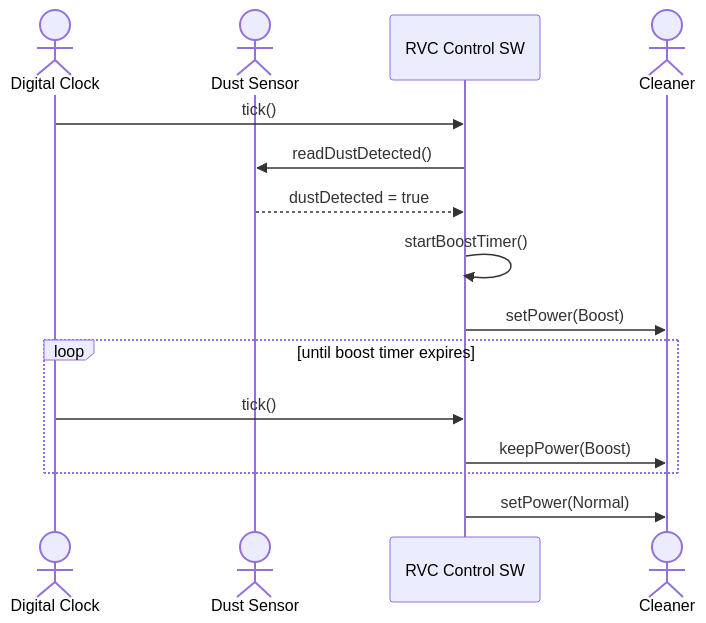
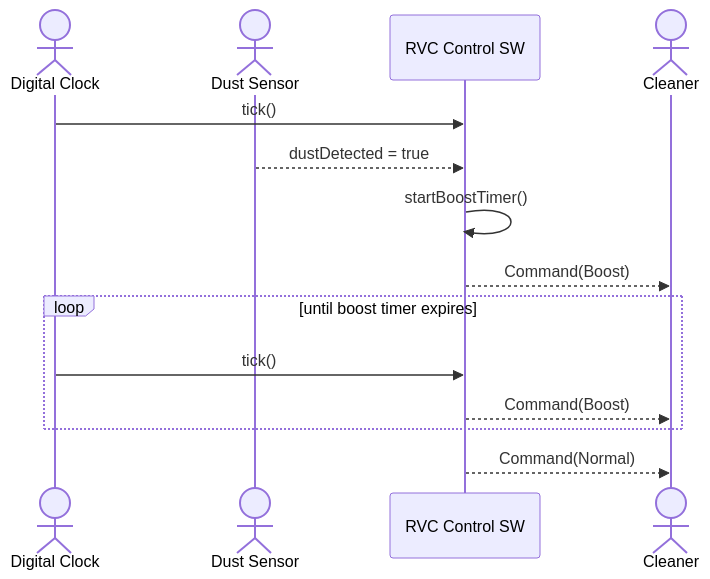
One commit to reload02/ooad-vibe changed the fifth of 6 diagrams in docs/ooa_ssd.md. Above: the diagram before and after it, drawn with Mermaid. The commit also changed other lines of this file and 8 other files, not shown here.

````diff
--- a/docs/ooa_ssd.md
+++ b/docs/ooa_ssd.md
@@ -67,18 +85,17 @@
 ```mermaid
 sequenceDiagram
     actor Clock as Digital Clock
     actor DustSensor as Dust Sensor
     participant System as RVC Control SW
     actor Cleaner
 
     Clock->>System: tick()
-    System->>DustSensor: readDustDetected()
     DustSensor-->>System: dustDetected = true
     System->>System: startBoostTimer()
-    System->>Cleaner: setPower(Boost)
+    System-->>Cleaner: Command(Boost)
     loop until boost timer expires
         Clock->>System: tick()
-        System->>Cleaner: keepPower(Boost)
+        System-->>Cleaner: Command(Boost)
     end
-    System->>Cleaner: setPower(Normal)
+    System-->>Cleaner: Command(Normal)
 ```
````
